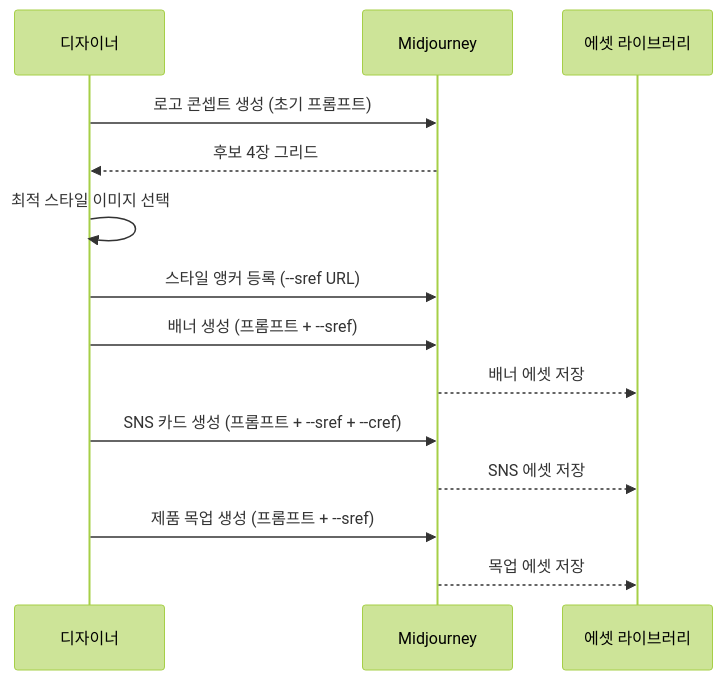
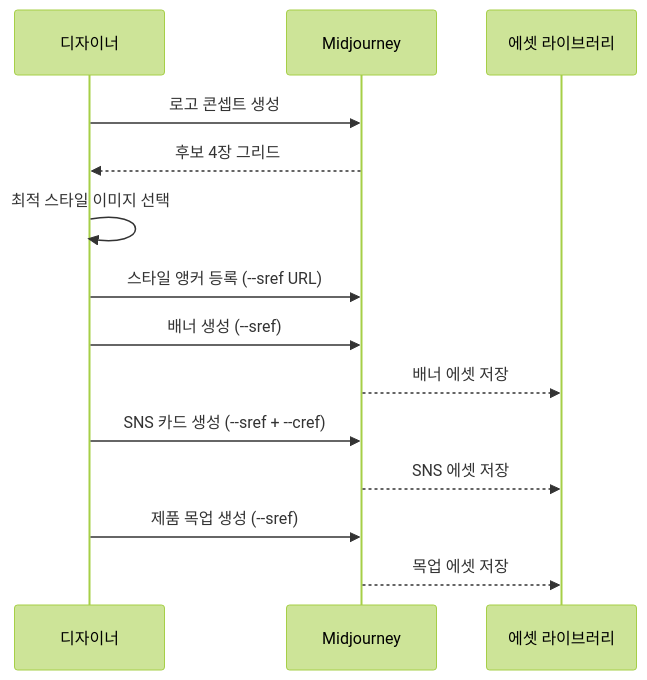
Before and after one commit to jsonpassion/forge-tutorial-promptcanvas: the third of 3 diagrams in 12-ch12-실전-포트폴리오-프로젝트/02-02-브랜드-비주얼-에셋-프로젝트.md, drawn with Mermaid (forest theme). The commit also changed other lines of this file and 63 other files, not shown here.

````diff
--- a/12-ch12-실전-포트폴리오-프로젝트/02-02-브랜드-비주얼-에셋-프로젝트.md
+++ b/12-ch12-실전-포트폴리오-프로젝트/02-02-브랜드-비주얼-에셋-프로젝트.md
@@ -116,17 +99,17 @@
 ```mermaid
 sequenceDiagram
     participant D as 디자이너
     participant MJ as Midjourney
     participant A as 에셋 라이브러리
 
-    D->>MJ: 로고 콘셉트 생성 (초기 프롬프트)
+    D->>MJ: 로고 콘셉트 생성
     MJ-->>D: 후보 4장 그리드
     D->>D: 최적 스타일 이미지 선택
     D->>MJ: 스타일 앵커 등록 (--sref URL)
-    D->>MJ: 배너 생성 (프롬프트 + --sref)
+    D->>MJ: 배너 생성 (--sref)
     MJ-->>A: 배너 에셋 저장
-    D->>MJ: SNS 카드 생성 (프롬프트 + --sref + --cref)
+    D->>MJ: SNS 카드 생성 (--sref + --cref)
     MJ-->>A: SNS 에셋 저장
-    D->>MJ: 제품 목업 생성 (프롬프트 + --sref)
+    D->>MJ: 제품 목업 생성 (--sref)
     MJ-->>A: 목업 에셋 저장
 ```
````
